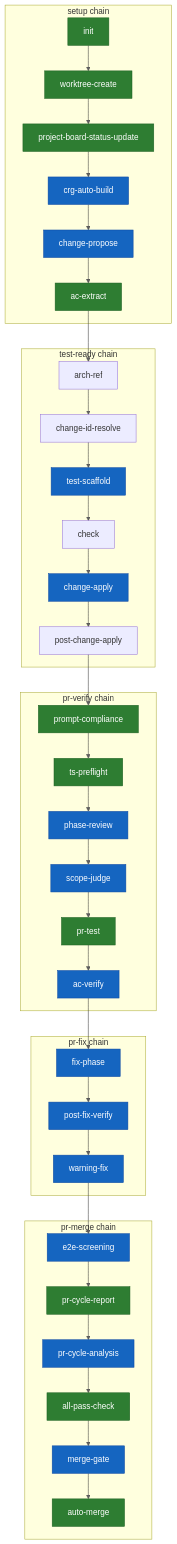
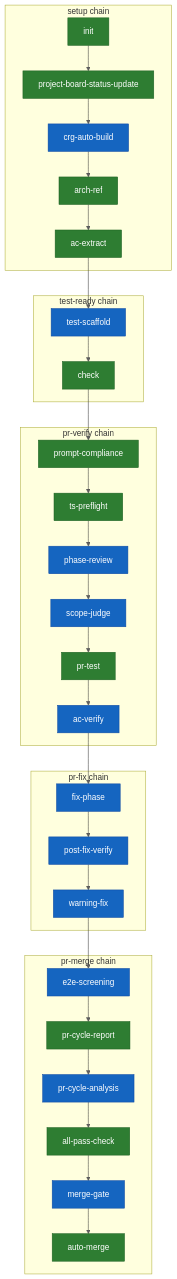
Before and after one commit to shuu5/twill: the fifth of 6 diagrams in plugins/twl/architecture/domain/model.md, drawn with Mermaid. The commit also changed 8 other files, not shown here.

First line of the commit message:
refactor(#910): refs/+ architecture contexts + domain/model + pre-compact-checkpoint.sh から deltaspec 削除

````diff
--- a/plugins/twl/architecture/domain/model.md
+++ b/plugins/twl/architecture/domain/model.md
@@ -298,78 +298,68 @@
 ```mermaid
 flowchart TD
 
     subgraph setup["setup chain"]
         setup__init["init"]:::script
-        setup__worktree_create["worktree-create"]:::script
         setup__project_board_status_update["project-board-status-update"]:::script
         setup__crg_auto_build["crg-auto-build"]:::llm
-        setup__change_propose["change-propose"]:::llm
+        setup__arch_ref["arch-ref"]:::script
         setup__ac_extract["ac-extract"]:::script
     end
 
     subgraph test_ready["test-ready chain"]
-        test_ready__arch_ref["arch-ref"]
-        test_ready__change_id_resolve["change-id-resolve"]
         test_ready__test_scaffold["test-scaffold"]:::llm
-        test_ready__check["check"]
-        test_ready__change_apply["change-apply"]:::llm
-        test_ready__post_change_apply["post-change-apply"]
+        test_ready__check["check"]:::script
     end
 
     subgraph pr_verify["pr-verify chain"]
         pr_verify__prompt_compliance["prompt-compliance"]:::script
         pr_verify__ts_preflight["ts-preflight"]:::script
         pr_verify__phase_review["phase-review"]:::llm
         pr_verify__scope_judge["scope-judge"]:::llm
         pr_verify__pr_test["pr-test"]:::script
         pr_verify__ac_verify["ac-verify"]:::llm
     end
 
     subgraph pr_fix["pr-fix chain"]
         pr_fix__fix_phase["fix-phase"]:::llm
         pr_fix__post_fix_verify["post-fix-verify"]:::llm
         pr_fix__warning_fix["warning-fix"]:::llm
     end
 
     subgraph pr_merge["pr-merge chain"]
         pr_merge__e2e_screening["e2e-screening"]:::llm
         pr_merge__pr_cycle_report["pr-cycle-report"]:::script
         pr_merge__pr_cycle_analysis["pr-cycle-analysis"]:::llm
         pr_merge__all_pass_check["all-pass-check"]:::script
         pr_merge__merge_gate["merge-gate"]:::llm
         pr_merge__auto_merge["auto-merge"]:::script
     end
 
-    setup__init --> setup__worktree_create
-    setup__worktree_create --> setup__project_board_status_update
+    setup__init --> setup__project_board_status_update
     setup__project_board_status_update --> setup__crg_auto_build
-    setup__crg_auto_build --> setup__change_propose
-    setup__change_propose --> setup__ac_extract
-    test_ready__arch_ref --> test_ready__change_id_resolve
-    test_ready__change_id_resolve --> test_ready__test_scaffold
+    setup__crg_auto_build --> setup__arch_ref
+    setup__arch_ref --> setup__ac_extract
     test_ready__test_scaffold --> test_ready__check
-    test_ready__check --> test_ready__change_apply
-    test_ready__change_apply --> test_ready__post_change_apply
     pr_verify__prompt_compliance --> pr_verify__ts_preflight
     pr_verify__ts_preflight --> pr_verify__phase_review
     pr_verify__phase_review --> pr_verify__scope_judge
     pr_verify__scope_judge --> pr_verify__pr_test
     pr_verify__pr_test --> pr_verify__ac_verify
     pr_fix__fix_phase --> pr_fix__post_fix_verify
     pr_fix__post_fix_verify --> pr_fix__warning_fix
     pr_merge__e2e_screening --> pr_merge__pr_cycle_report
     pr_merge__pr_cycle_report --> pr_merge__pr_cycle_analysis
     pr_merge__pr_cycle_analysis --> pr_merge__all_pass_check
     pr_merge__all_pass_check --> pr_merge__merge_gate
     pr_merge__merge_gate --> pr_merge__auto_merge
 
-    setup__ac_extract --> test_ready__arch_ref
-    test_ready__post_change_apply --> pr_verify__prompt_compliance
+    setup__ac_extract --> test_ready__test_scaffold
+    test_ready__check --> pr_verify__prompt_compliance
     pr_verify__ac_verify --> pr_fix__fix_phase
     pr_fix__warning_fix --> pr_merge__e2e_screening
 
     classDef script fill:#2e7d32,stroke:#1b5e20,color:#ffffff
     classDef llm fill:#1565c0,stroke:#0d47a1,color:#ffffff
     classDef composite fill:#7b1fa2,stroke:#4a148c,color:#ffffff
     classDef marker fill:#616161,stroke:#424242,color:#ffffff
 ```
````
